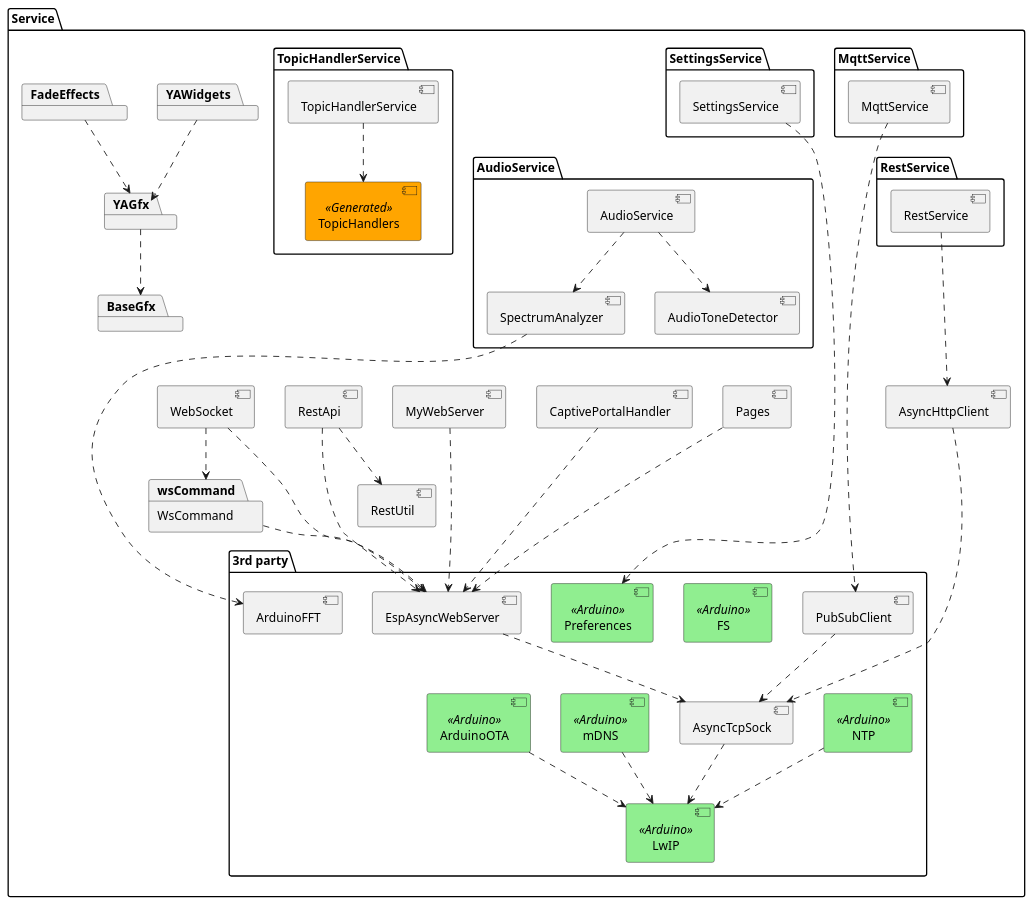
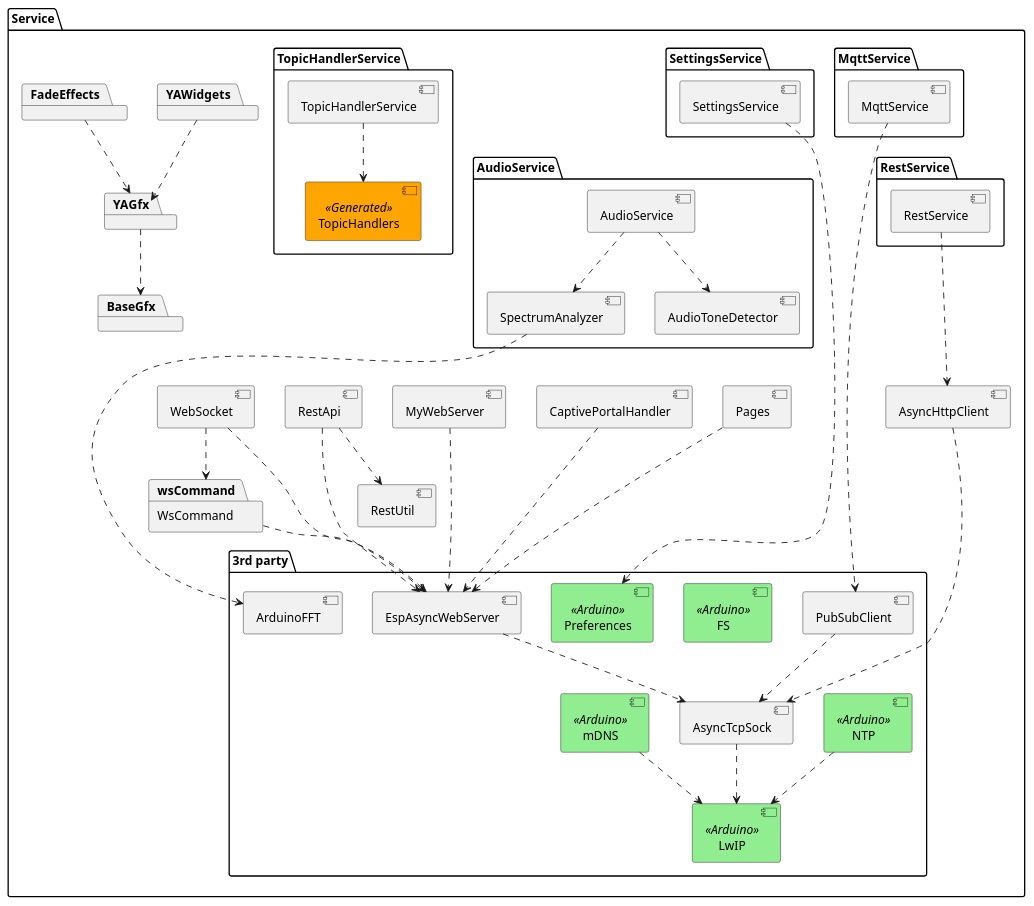
Before and after one commit to manmuqingshan/Pixelix: the diagram in doc/architecture/uml/service_layer.wsd, drawn with PlantUML. The commit also changed 2 other files, not shown here.

Commit message:
Removed ArduinoOTA from service_layer. Adjusted app_layer. (readme)

```diff
--- a/doc/architecture/uml/service_layer.wsd
+++ b/doc/architecture/uml/service_layer.wsd
@@ -1,100 +1,98 @@
 @startuml service_layer
 
 skinparam component {
     BackgroundColor<<Arduino>> Lightgreen
     BackgroundColor<<Future>> White
     BackgroundColor<<Generated>> Orange
 }
 
 package "Service" as servicePckg {
     component "RestApi" as restApi
     component "RestUtil" as restUtil
     component "WebSocket" as webSocket
 
     package "MqttService" {
         component "MqttService" as mqttService
     }
 
     package "SettingsService" {
         component "SettingsService" as settingsService
     }
 
     package "RestService" {
         component "RestService" as restService
     }
 
     component "MyWebServer" as myWebServer
     component "Pages" as pages
     component "AsyncHttpClient" as asyncHttpClient
     component "CaptivePortalHandler" as captivePortalHandler
 
     package "AudioService" as audioServicePckg {
         component "SpectrumAnalyzer" as spectrumAnalyzer
         component "AudioToneDetector" as audioToneDetector
         component "AudioService" as audioService
 
         audioService ..> spectrumAnalyzer
         audioService ..> audioToneDetector
     }
 
     package "TopicHandlerService" as topicHandlerServicePckg {
         component "TopicHandlerService" as topicHandlerService
         component "TopicHandlers" as topicHandler <<Generated>>
 
         topicHandlerService ..> topicHandler
     }
 
     package FadeEffects    
     package YAWidgets
     package YAGfx
     package BaseGfx
 
     FadeEffects ..> YAGfx
     YAWidgets ..> YAGfx
     YAGfx ..> BaseGfx
 
     package "3rd party" as service3rdPartyPckg {
         component "PubSubClient" as pubSubClient
         component "FS" as fs <<Arduino>>
         component "Preferences" as preferences <<Arduino>>
         component "NTP" as ntp <<Arduino>>
 
         component "EspAsyncWebServer" as webServer
         component "AsyncTcpSock" as tcp
         component "mDNS" as dns <<Arduino>>
-        component "ArduinoOTA" <<Arduino>> as ota
         component "LwIP" <<Arduino>> as lwip
         component "ArduinoFFT" as fft
 
         webServer ..> tcp
         pubSubClient ..> tcp
         tcp ..> lwip
         dns ..> lwip
-        ota ..> lwip
         ntp ..> lwip
     }
 
     package "WsCommand" as wsCommand {
     }
 
     myWebServer ...> webServer
     pages ...> webServer
     asyncHttpClient ....> tcp
     captivePortalHandler ...> webServer
 
     spectrumAnalyzer ....> fft
 
     restApi ...> webServer
     mqttService ......> pubSubClient
     webSocket ...> webServer
     settingsService ......> preferences
     restService ...> asyncHttpClient
 
     restApi ..> restUtil
 
     webSocket ..> wsCommand
 
     wsCommand ..> webServer
 }
 
 @enduml
```
